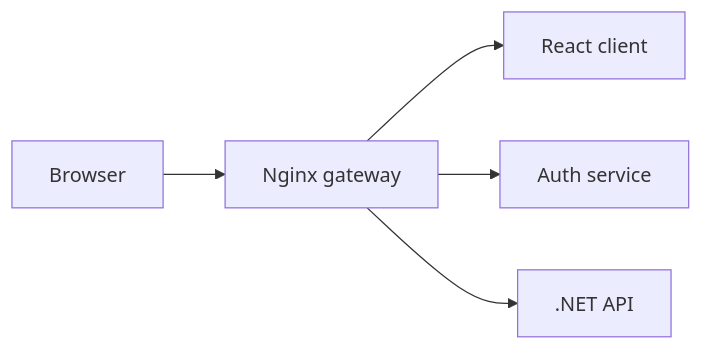
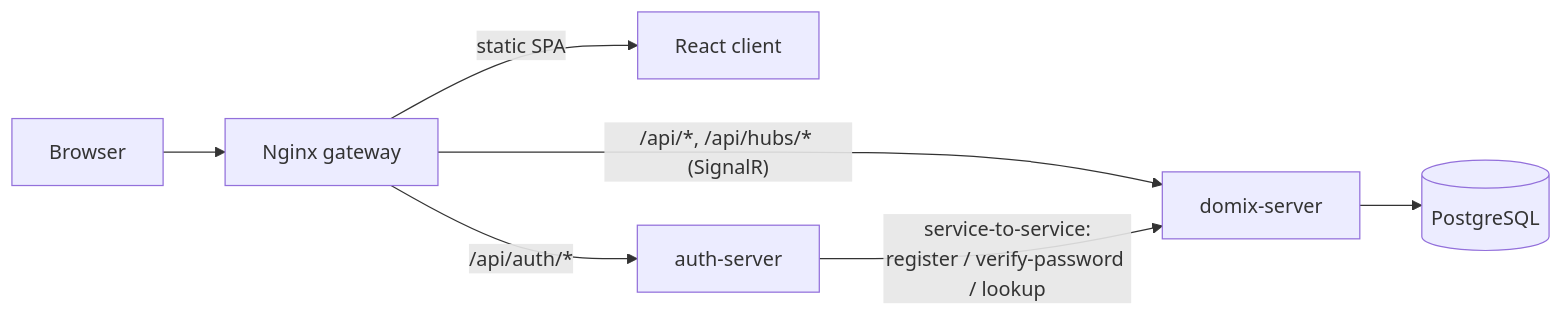
Before and after one commit to ayal408/domix: the diagram in README.md, drawn with Mermaid. The commit also changed other lines of this file, not shown here.

````diff
--- a/README.md
+++ b/README.md
@@ -23,7 +43,9 @@
 ```mermaid
 flowchart LR
     U[Browser] --> G[Nginx gateway]
-    G --> C[React client]
-    G --> A[Auth service]
-    G --> S[.NET API]
+    G -- static SPA --> C[React client]
+    G -- "/api/auth/*" --> A[auth-server]
+    G -- "/api/*, /api/hubs/* (SignalR)" --> S[domix-server]
+    A -- "service-to-service:<br/>register / verify-password / lookup" --> S
+    S --> P[(PostgreSQL)]
 ```
````
